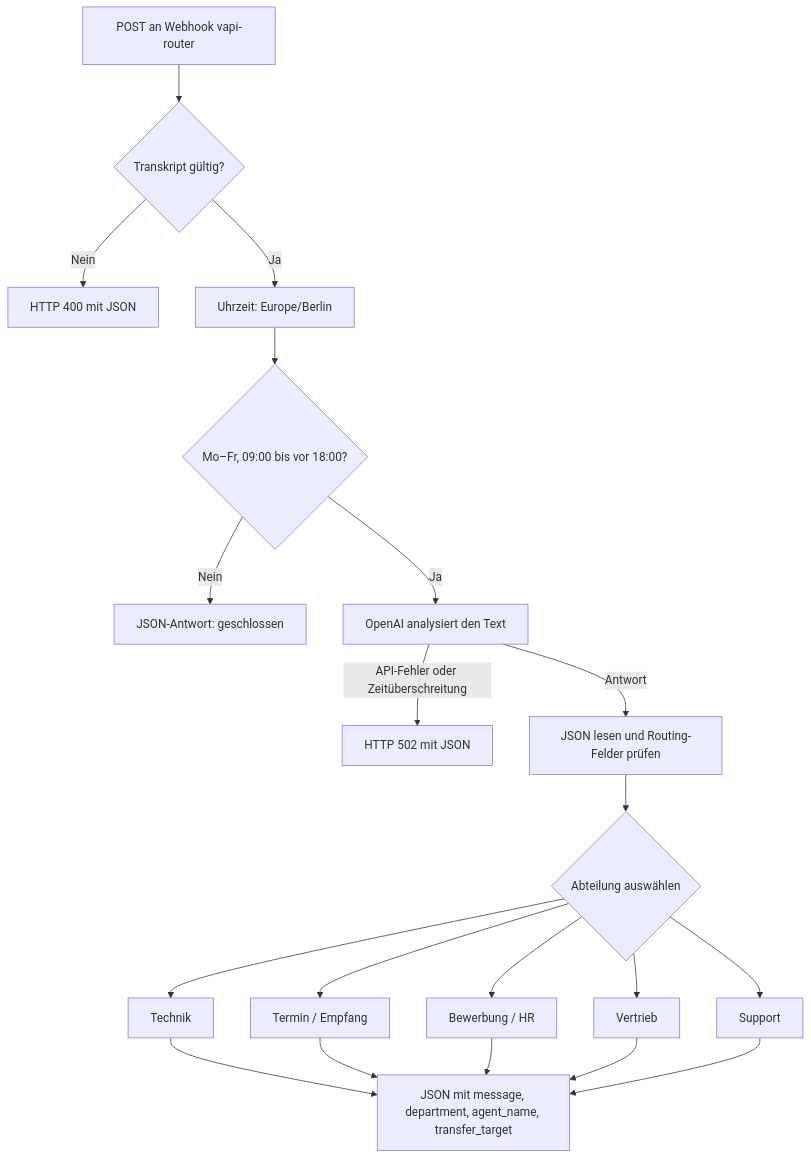
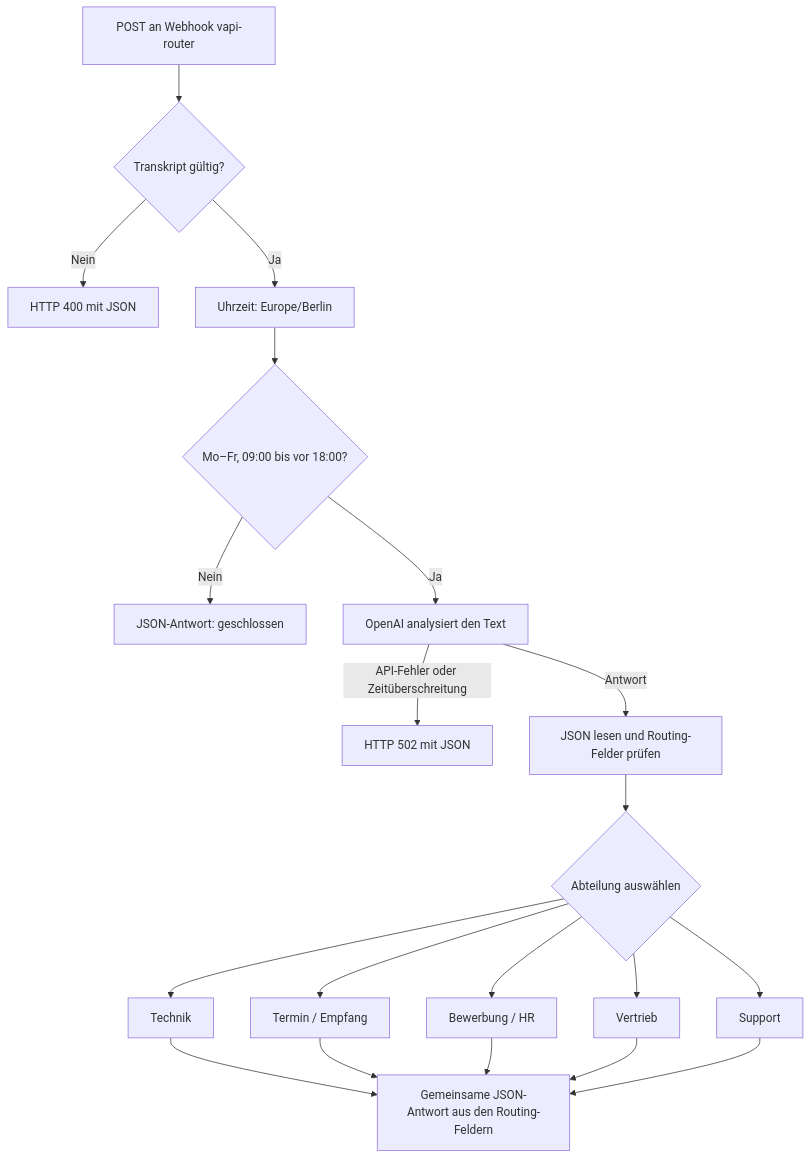
Before and after one commit to Mc-smail/ai-voice-routing: the diagram in README.md, drawn with Mermaid. The commit also changed other lines of this file and 2 other files, not shown here.

First line of the commit message:
refactor: build routing replies from one response node

````diff
--- a/README.md
+++ b/README.md
@@ -9,22 +9,22 @@
 ```mermaid
 flowchart TD
     A["POST an Webhook vapi-router"] --> V{"Transkript gültig?"}
     V -->|Nein| X["HTTP 400 mit JSON"]
     V -->|Ja| B["Uhrzeit: Europe/Berlin"]
     B --> C{"Mo–Fr, 09:00 bis vor 18:00?"}
     C -->|Nein| D["JSON-Antwort: geschlossen"]
     C -->|Ja| E["OpenAI analysiert den Text"]
     E -->|API-Fehler oder Zeitüberschreitung| U["HTTP 502 mit JSON"]
     E -->|Antwort| F["JSON lesen und Routing-Felder prüfen"]
     F --> G{"Abteilung auswählen"}
     G --> H["Technik"]
     G --> I["Termin / Empfang"]
     G --> J["Bewerbung / HR"]
     G --> K["Vertrieb"]
     G --> L["Support"]
-    H --> M["JSON mit message, department, agent_name, transfer_target"]
+    H --> M["Gemeinsame JSON-Antwort aus den Routing-Feldern"]
     I --> M
     J --> M
     K --> M
     L --> M
 ```
````
